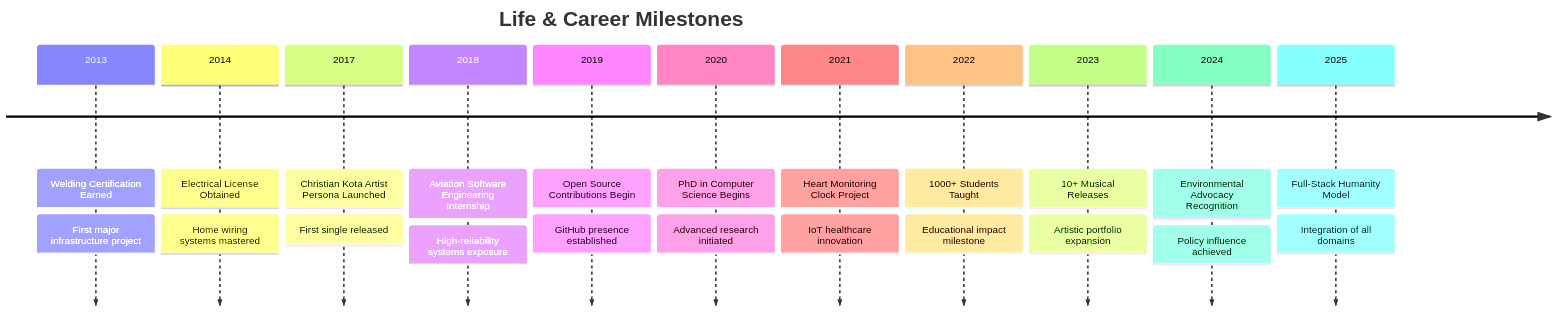
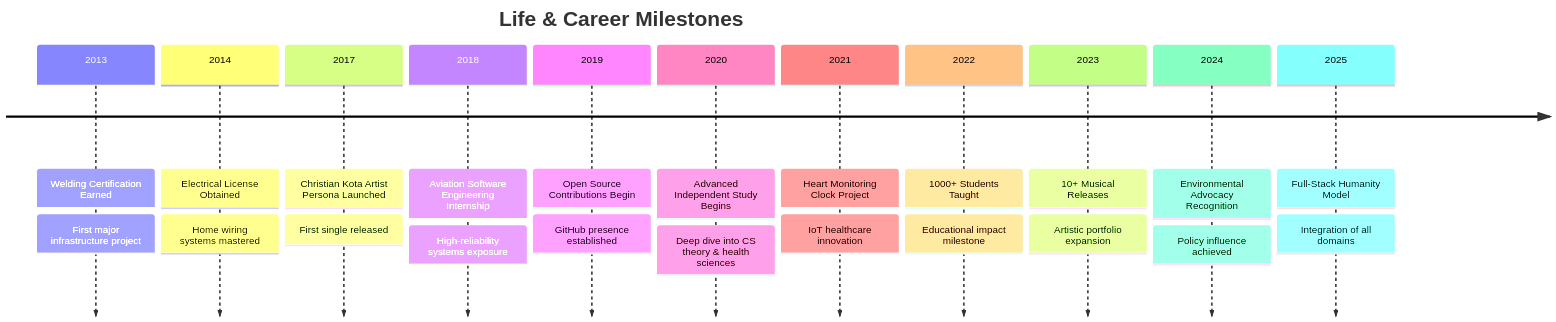
The tenth of 11 diagrams in README.md (Tim-Spurlin/Christian-Kota-Contributions-Snapshot), drawn with Mermaid before and after one commit. The commit also changed other lines of this file and 2 other files, not shown here.

````diff
--- a/README.md
+++ b/README.md
@@ -401,26 +405,26 @@
 ```mermaid
 timeline
     title Life & Career Milestones
     2013 : Welding Certification Earned
          : First major infrastructure project
     2014 : Electrical License Obtained
          : Home wiring systems mastered
     2017 : Christian Kota Artist Persona Launched
          : First single released
     2018 : Aviation Software Engineering Internship
          : High-reliability systems exposure
     2019 : Open Source Contributions Begin
          : GitHub presence established
-    2020 : PhD in Computer Science Begins
-         : Advanced research initiated
+    2020 : Advanced Independent Study Begins
+         : Deep dive into CS theory & health sciences
     2021 : Heart Monitoring Clock Project
          : IoT healthcare innovation
     2022 : 1000+ Students Taught
          : Educational impact milestone
     2023 : 10+ Musical Releases
          : Artistic portfolio expansion
     2024 : Environmental Advocacy Recognition
          : Policy influence achieved
     2025 : Full-Stack Humanity Model
          : Integration of all domains
 ```
````
